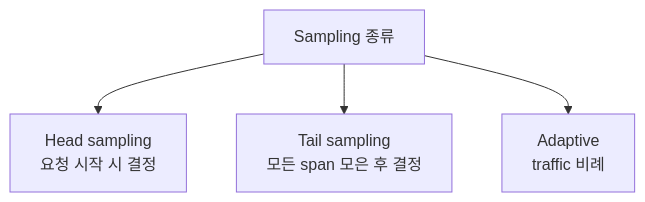
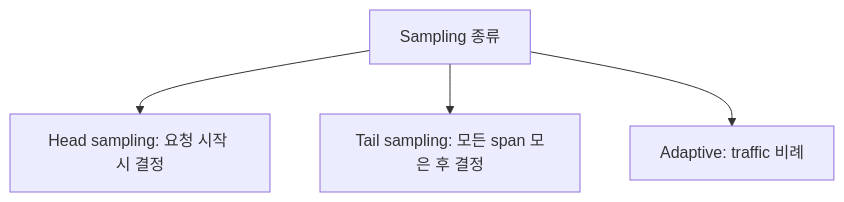
The fourth of 4 diagrams in src/content/wiki/devops/opentelemetry.mdx (shinkeonkim/shinkeonkim.github.io), drawn with Mermaid before and after one commit. The commit also changed other lines of this file and 526 other files, not shown here.

First line of the commit message:
content(wiki): 전수조사 및 대규모 보강 (짧은 파일 0, mermaid +645)

````diff
--- a/src/content/wiki/devops/opentelemetry.mdx
+++ b/src/content/wiki/devops/opentelemetry.mdx
@@ -176,7 +226,7 @@
 ```mermaid
 flowchart TD
     Q[Sampling 종류]
-    Q --> Head[Head sampling<br/>요청 시작 시 결정]
-    Q --> Tail[Tail sampling<br/>모든 span 모은 후 결정]
-    Q --> Adaptive[Adaptive<br/>traffic 비례]
+    Q --> Head["Head sampling: 요청 시작 시 결정"]
+    Q --> Tail["Tail sampling: 모든 span 모은 후 결정"]
+    Q --> Adaptive["Adaptive: traffic 비례"]
 ```
````
